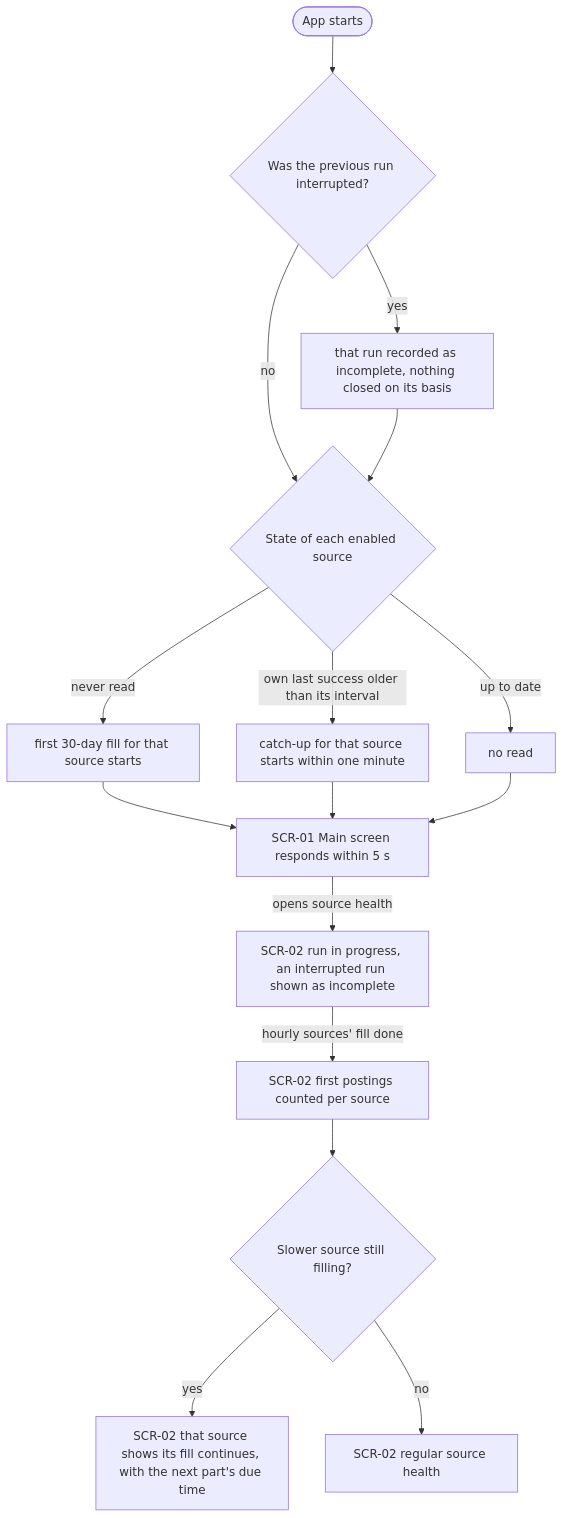
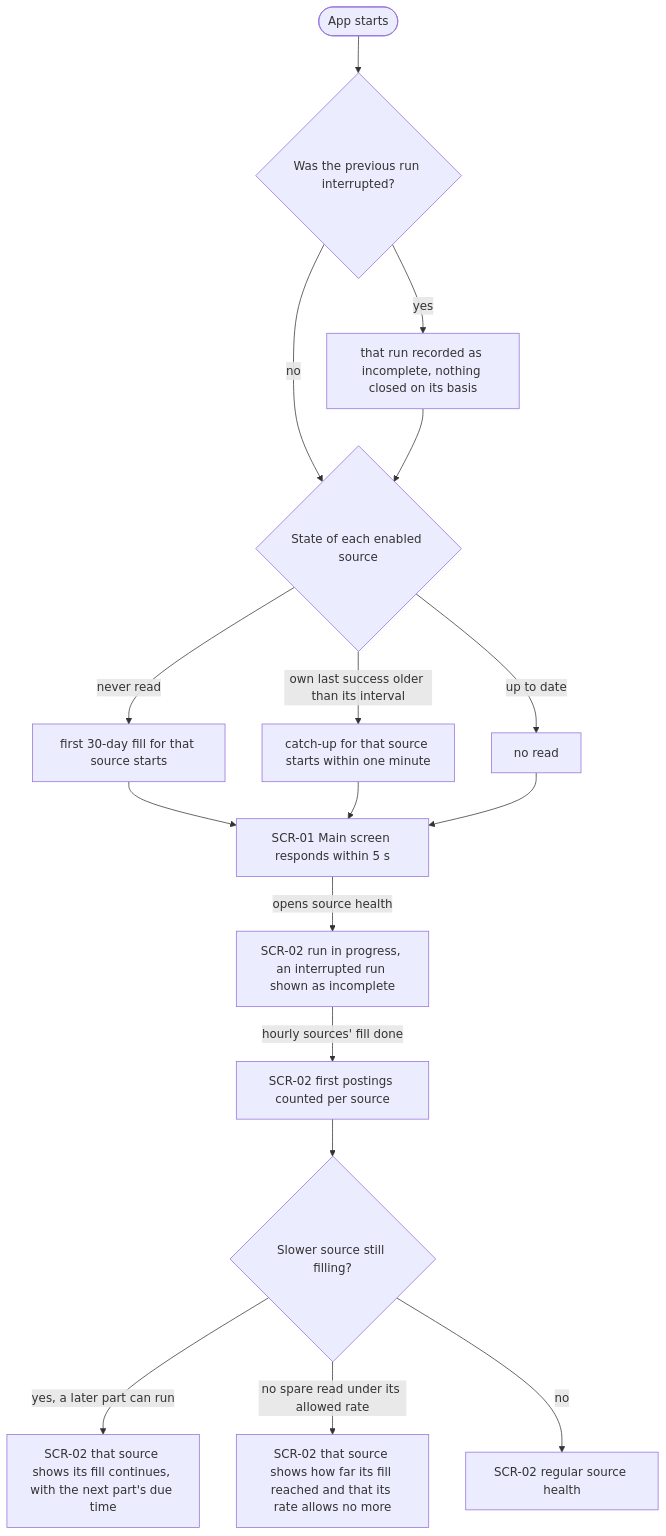
The third of 4 diagrams in docs/features/remote-boards-collector/ux-flows.md (DeveloperFromUkraine/job-radar), drawn with Mermaid before and after one commit. The commit also changed other lines of this file and 4 other files, not shown here.

First line of the commit message:
docs(remote-boards-collector): the limited fill state in the flows

````diff
--- a/docs/features/remote-boards-collector/ux-flows.md
+++ b/docs/features/remote-boards-collector/ux-flows.md
@@ -72,18 +72,19 @@
 ```mermaid
 flowchart TD
     S([App starts]) --> P{Was the previous run interrupted?}
     P -->|yes| Q[that run recorded as incomplete, nothing closed on its basis]
     P -->|no| B{State of each enabled source}
     Q --> B
     B -->|never read| C[first 30-day fill for that source starts]
     B -->|own last success older than its interval| D[catch-up for that source starts within one minute]
     B -->|up to date| E[no read]
     C --> M[SCR-01 Main screen responds within 5 s]
     D --> M
     E --> M
     M -->|opens source health| H[SCR-02 run in progress, an interrupted run shown as incomplete]
     H -->|hourly sources' fill done| I[SCR-02 first postings counted per source]
     I --> J{Slower source still filling?}
-    J -->|yes| K[SCR-02 that source shows its fill continues, with the next part's due time]
+    J -->|yes, a later part can run| K[SCR-02 that source shows its fill continues, with the next part's due time]
+    J -->|no spare read under its allowed rate| K2[SCR-02 that source shows how far its fill reached and that its rate allows no more]
     J -->|no| L[SCR-02 regular source health]
 ```
````
